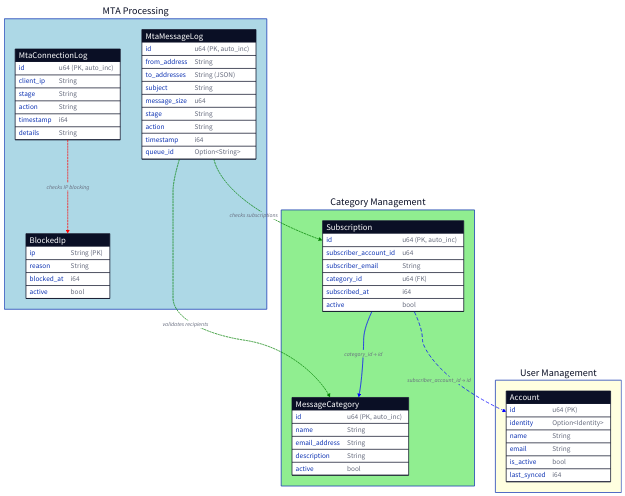
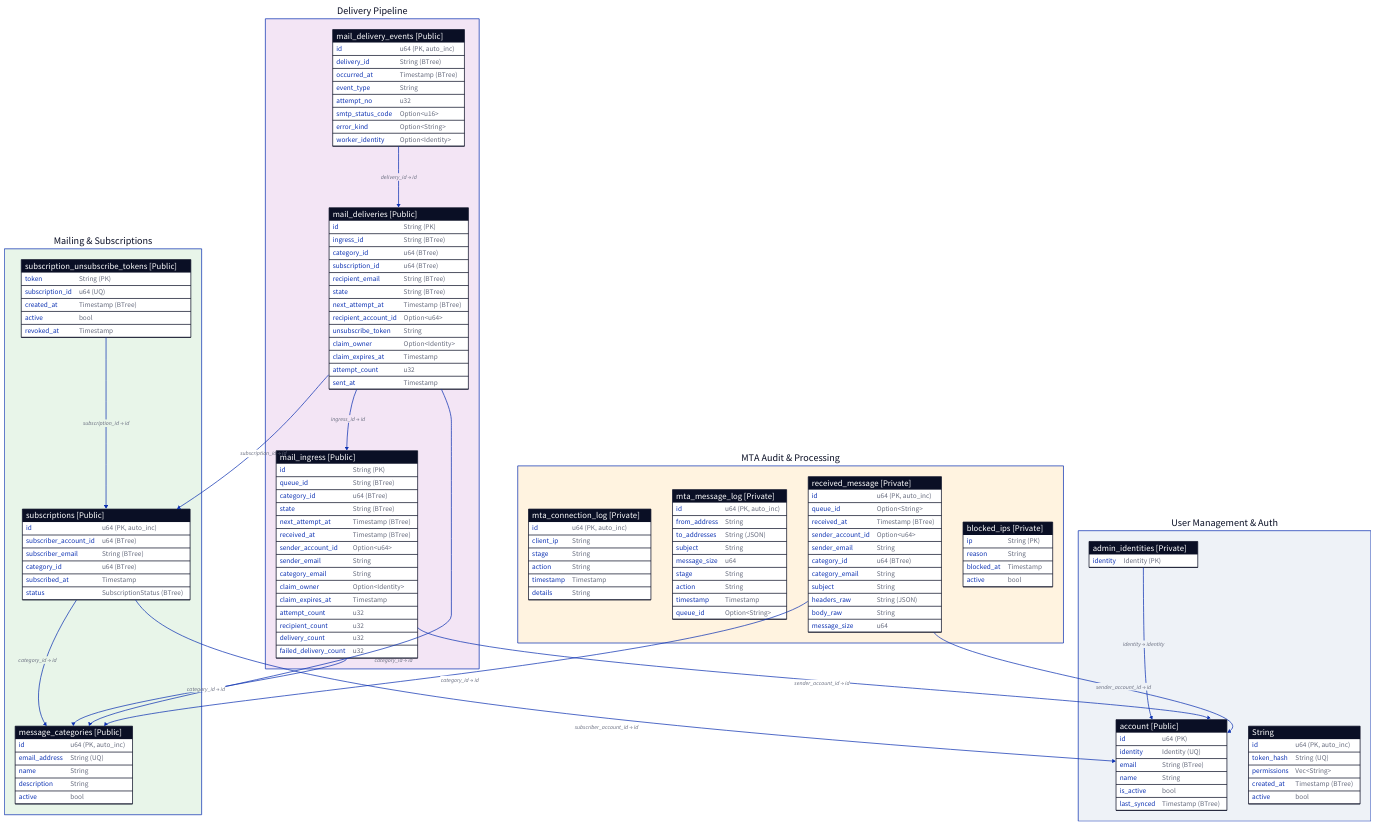
One commit to enaut/kommunikationszentrum changed the first of 4 diagrams in docs/src/core/spacetimedb/database-schema.md. Above: the diagram before and after it, drawn with D2. The commit also changed other lines of this file and 4 other files, not shown here.

````diff
--- a/docs/src/core/spacetimedb/database-schema.md
+++ b/docs/src/core/spacetimedb/database-schema.md
@@ -15,21 +9,90 @@
 ```d2
 direction: down
 
-MTA Processing: {
-  style.fill: lightblue
+"User Management & Auth": {
+  style.fill: "#eef2f7"
 
-  MtaConnectionLog: {
+  account: {
     shape: sql_table
+    label: "account [Public]"
+    id: "u64 (PK)"
+    identity: "Identity (UQ)"
+    email: "String (BTree)"
+    name: "String"
+    is_active: "bool"
+    last_synced: "Timestamp (BTree)"
+  }
+
+  admin_identities: {
+    shape: sql_table
+    label: "admin_identities [Private]"
+    identity: "Identity (PK)"
+  }
+
+  webhook_tokens: {
+    shape: sql_table
+    label: "webhook_tokens [Private]"
+    id: "u64 (PK, auto_inc)"
+    token_hash: "String (UQ)"
+    "label": "String"
+    permissions: "Vec<String>"
+    created_at: "Timestamp (BTree)"
+    active: "bool"
+  }
+}
+
+"Mailing & Subscriptions": {
+  style.fill: "#e8f5e9"
+
+  message_categories: {
+    shape: sql_table
+    label: "message_categories [Public]"
+    id: "u64 (PK, auto_inc)"
+    email_address: "String (UQ)"
+    name: "String"
+    description: "String"
+    active: "bool"
+  }
+
+  subscriptions: {
+    shape: sql_table
+    label: "subscriptions [Public]"
+    id: "u64 (PK, auto_inc)"
+    subscriber_account_id: "u64 (BTree)"
+    subscriber_email: "String (BTree)"
+    category_id: "u64 (BTree)"
+    subscribed_at: "Timestamp"
+    status: "SubscriptionStatus (BTree)"
+  }
+
+  subscription_unsubscribe_tokens: {
+    shape: sql_table
+    label: "subscription_unsubscribe_tokens [Public]"
+    token: "String (PK)"
+    subscription_id: "u64 (UQ)"
+    created_at: "Timestamp (BTree)"
+    active: "bool"
+    revoked_at: "Timestamp"
+  }
+}
+
+"MTA Audit & Processing": {
+  style.fill: "#fff3e0"
+
+  mta_connection_log: {
+    shape: sql_table
+    label: "mta_connection_log [Private]"
     id: "u64 (PK, auto_inc)"
     client_ip: "String"
     stage: "String"
     action: "String"
-    timestamp: "i64"
+    timestamp: "Timestamp"
     details: "String"
   }
 
-  MtaMessageLog: {
+  mta_message_log: {
     shape: sql_table
+    label: "mta_message_log [Private]"
     id: "u64 (PK, auto_inc)"
     from_address: "String"
     to_addresses: "String (JSON)"
@@ -37,84 +100,105 @@
     message_size: "u64"
     stage: "String"
     action: "String"
-    timestamp: "i64"
+    timestamp: "Timestamp"
     queue_id: "Option<String>"
   }
 
-  BlockedIp: {
+  received_message: {
     shape: sql_table
+    label: "received_message [Private]"
+    id: "u64 (PK, auto_inc)"
+    queue_id: "Option<String>"
+    received_at: "Timestamp (BTree)"
+    sender_account_id: "Option<u64>"
+    sender_email: "String"
+    category_id: "u64 (BTree)"
+    category_email: "String"
+    subject: "String"
+    headers_raw: "String (JSON)"
+    body_raw: "String"
+    message_size: "u64"
+  }
+
+  blocked_ips: {
+    shape: sql_table
+    label: "blocked_ips [Private]"
     ip: "String (PK)"
     reason: "String"
-    blocked_at: "i64"
+    blocked_at: "Timestamp"
     active: "bool"
   }
 }
 
-Category Management: {
-  style.fill: lightgreen
+"Delivery Pipeline": {
+  style.fill: "#f3e5f5"
 
-  MessageCategory: {
+  mail_ingress: {
     shape: sql_table
-    id: "u64 (PK, auto_inc)"
-    name: "String"
-    email_address: "String"
-    description: "String"
-    active: "bool"
+    label: "mail_ingress [Public]"
+    id: "String (PK)"
+    queue_id: "String (BTree)"
+    category_id: "u64 (BTree)"
+    state: "String (BTree)"
+    next_attempt_at: "Timestamp (BTree)"
+    received_at: "Timestamp (BTree)"
+    sender_account_id: "Option<u64>"
+    sender_email: "String"
+    category_email: "String"
+    claim_owner: "Option<Identity>"
+    claim_expires_at: "Timestamp"
+    attempt_count: "u32"
+    recipient_count: "u32"
+    delivery_count: "u32"
+    failed_delivery_count: "u32"
   }
 
-  Subscription: {
+  mail_deliveries: {
     shape: sql_table
+    label: "mail_deliveries [Public]"
+    id: "String (PK)"
+    ingress_id: "String (BTree)"
+    category_id: "u64 (BTree)"
+    subscription_id: "u64 (BTree)"
+    recipient_email: "String (BTree)"
+    state: "String (BTree)"
+    next_attempt_at: "Timestamp (BTree)"
+    recipient_account_id: "Option<u64>"
+    unsubscribe_token: "String"
+    claim_owner: "Option<Identity>"
+    claim_expires_at: "Timestamp"
+    attempt_count: "u32"
+    sent_at: "Timestamp"
+  }
+
+  mail_delivery_events: {
+    shape: sql_table
+    label: "mail_delivery_events [Public]"
     id: "u64 (PK, auto_inc)"
-    subscriber_account_id: "u64"
-    subscriber_email: "String"
-    category_id: "u64 (FK)"
-    subscribed_at: "i64"
-    active: "bool"
+    delivery_id: "String (BTree)"
+    occurred_at: "Timestamp (BTree)"
+    event_type: "String"
+    attempt_no: "u32"
+    smtp_status_code: "Option<u16>"
+    error_kind: "Option<String>"
+    worker_identity: "Option<Identity>"
   }
 }
 
-User Management: {
-  style.fill: lightyellow
+# Key Foreign Keys & Relationships
+"User Management & Auth".admin_identities -> "User Management & Auth".account: "identity → identity"
 
-  Account: {
-    shape: sql_table
-    id: "u64 (PK)"
-    identity: "Option<Identity>"
-    name: "String"
-    email: "String"
-    is_active: "bool"
-    last_synced: "i64"
-  }
-}
+"Mailing & Subscriptions".subscriptions -> "User Management & Auth".account: "subscriber_account_id → id"
+"Mailing & Subscriptions".subscriptions -> "Mailing & Subscriptions".message_categories: "category_id → id"
+"Mailing & Subscriptions".subscription_unsubscribe_tokens -> "Mailing & Subscriptions".subscriptions: "subscription_id → id"
 
+"Delivery Pipeline".mail_ingress -> "Mailing & Subscriptions".message_categories: "category_id → id"
+"Delivery Pipeline".mail_ingress -> "User Management & Auth".account: "sender_account_id → id"
+"Delivery Pipeline".mail_deliveries -> "Delivery Pipeline".mail_ingress: "ingress_id → id"
+"Delivery Pipeline".mail_deliveries -> "Mailing & Subscriptions".message_categories: "category_id → id"
+"Delivery Pipeline".mail_deliveries -> "Mailing & Subscriptions".subscriptions: "subscription_id → id"
+"Delivery Pipeline".mail_delivery_events -> "Delivery Pipeline".mail_deliveries: "delivery_id → id"
 
-Category Management.Subscription -> Category Management.MessageCategory: {
-  label: "category_id → id"
-  style.stroke: blue
-}
-
-Category Management.Subscription -> User Management.Account: {
-  label: "subscriber_account_id → id"
-  style.stroke: blue
-  style.stroke-dash: 4
-}
-
-
-MTA Processing.MtaConnectionLog -> MTA Processing.BlockedIp: {
-  label: "checks IP blocking"
-  style.stroke: red
-  style.stroke-dash: 2
-}
-
-MTA Processing.MtaMessageLog -> Category Management.MessageCategory: {
-  label: "validates recipients"
-  style.stroke: green
-  style.stroke-dash: 2
-}
-
-MTA Processing.MtaMessageLog -> Category Management.Subscription: {
-  label: "checks subscriptions"
-  style.stroke: green
-  style.stroke-dash: 2
-}
+"MTA Audit & Processing".received_message -> "User Management & Auth".account: "sender_account_id → id"
+"MTA Audit & Processing".received_message -> "Mailing & Subscriptions".message_categories: "category_id → id"
 ```
````
